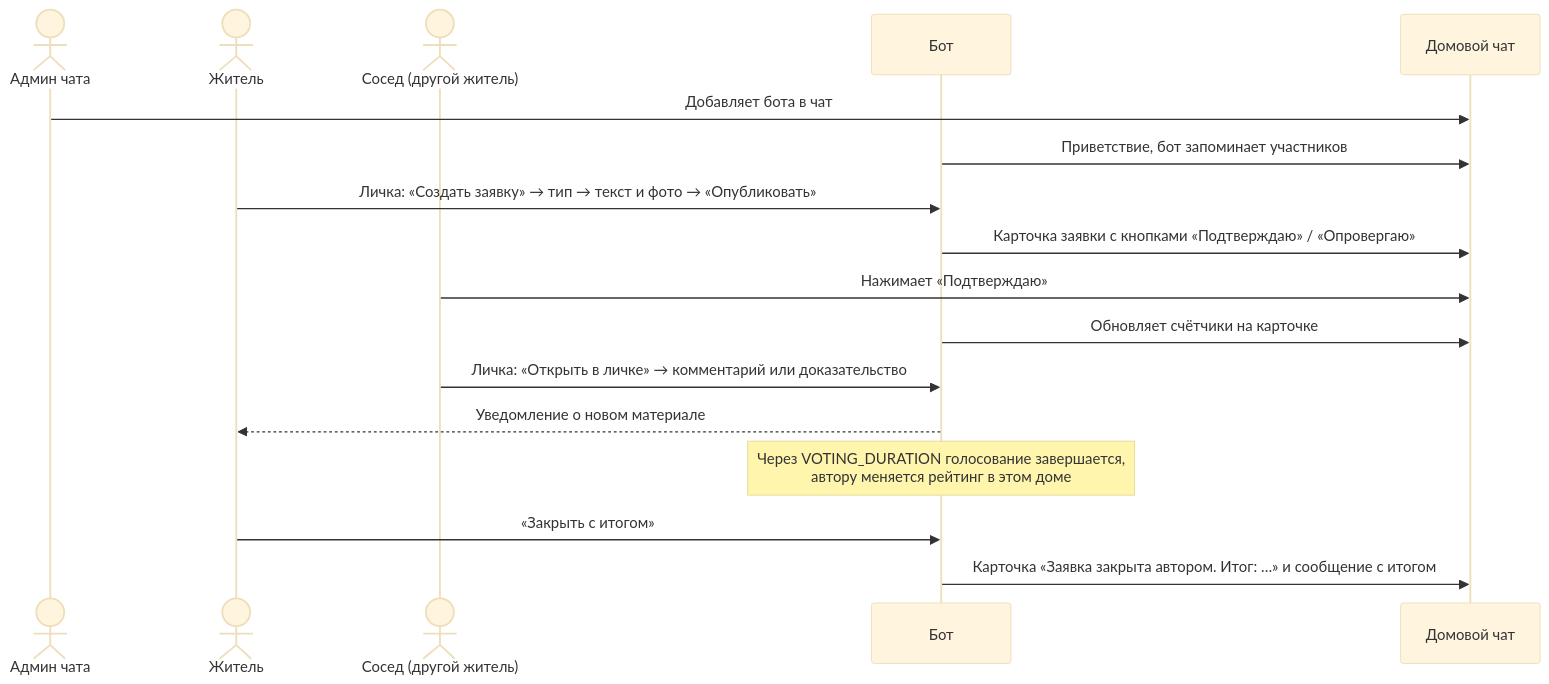
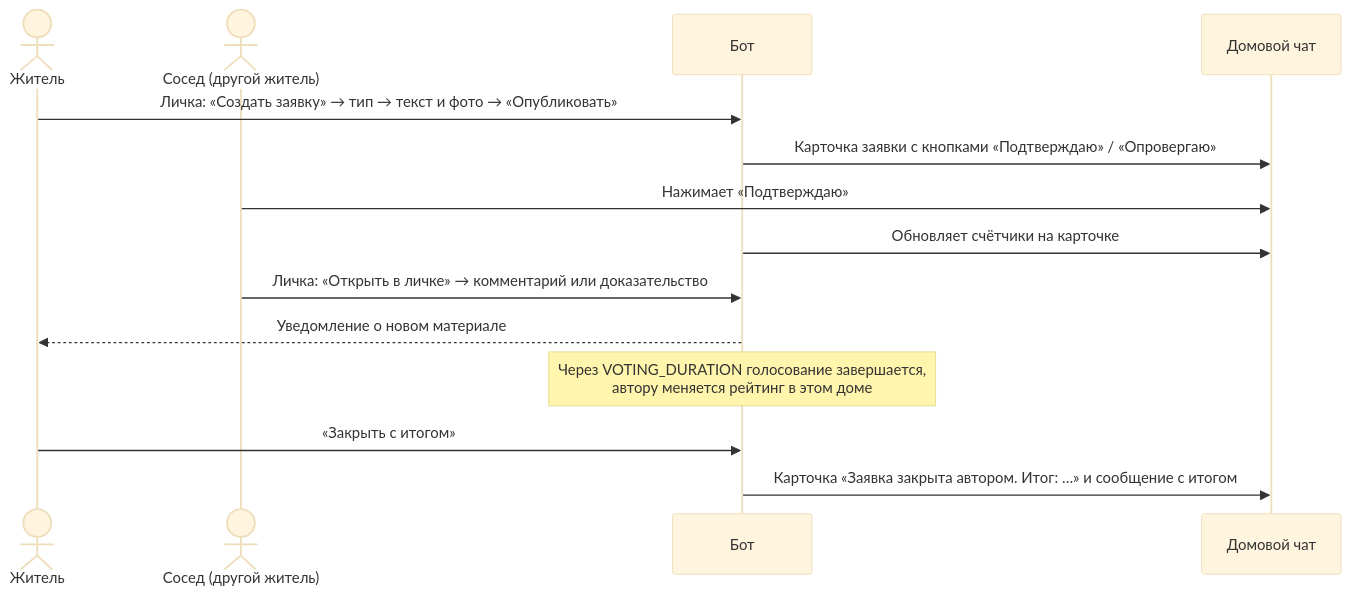
The first of 2 diagrams in README.md (Aleksej1024/MaxHackHouseBot), drawn with Mermaid (base theme) before and after one commit. The commit also changed other lines of this file, not shown here.

````diff
--- a/README.md
+++ b/README.md
@@ -42,20 +44,17 @@
 ```mermaid
 sequenceDiagram
-    actor Admin as Админ чата
     actor Author as Житель
     actor Neighbor as Сосед (другой житель)
     participant Bot as Бот
     participant Chat as Домовой чат
 
-    Admin->>Chat: Добавляет бота в чат
-    Bot->>Chat: Приветствие, бот запоминает участников
     Author->>Bot: Личка: «Создать заявку» → тип → текст и фото → «Опубликовать»
     Bot->>Chat: Карточка заявки с кнопками «Подтверждаю» / «Опровергаю»
     Neighbor->>Chat: Нажимает «Подтверждаю»
     Bot->>Chat: Обновляет счётчики на карточке
     Neighbor->>Bot: Личка: «Открыть в личке» → комментарий или доказательство
     Bot-->>Author: Уведомление о новом материале
     Note over Bot: Через VOTING_DURATION голосование завершается,<br/>автору меняется рейтинг в этом доме
     Author->>Bot: «Закрыть с итогом»
     Bot->>Chat: Карточка «Заявка закрыта автором. Итог: …» и сообщение с итогом
 ```
````
